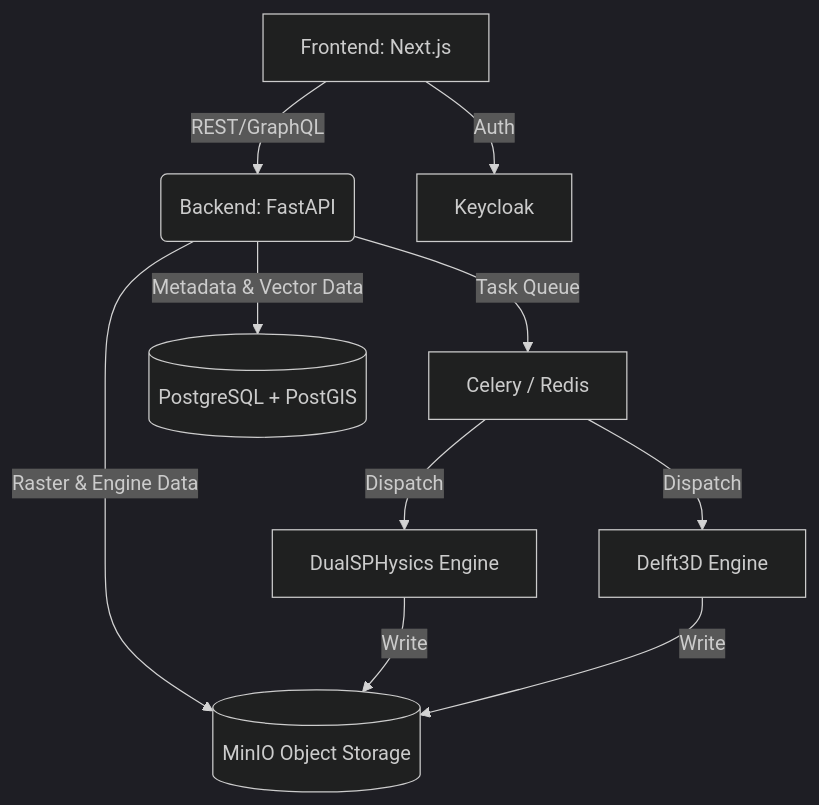
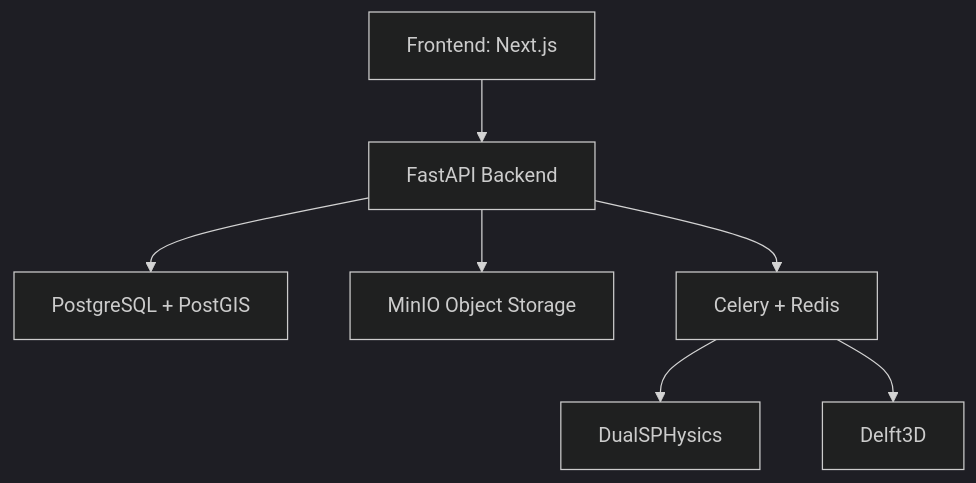
The diagram in README.md (ANUJ760/jaldhara), drawn with Mermaid (dark theme) before and after one commit. The commit also changed other lines of this file and 9 other files, not shown here.

````diff
--- a/README.md
+++ b/README.md
@@ -14,12 +13,9 @@
 ```mermaid
 graph TD
-    A[Frontend: Next.js] -->|REST/GraphQL| B(Backend: FastAPI)
-    A -->|Auth| K[Keycloak]
-    B -->|Task Queue| C[Celery / Redis]
-    B -->|Metadata & Vector Data| D[(PostgreSQL + PostGIS)]
-    B -->|Raster & Engine Data| M[(MinIO Object Storage)]
-    C -->|Dispatch| E[DualSPHysics Engine]
-    C -->|Dispatch| F[Delft3D Engine]
-    E -->|Write| M
-    F -->|Write| M
+    A[Frontend: Next.js] --> B[FastAPI Backend]
+    B --> C[PostgreSQL + PostGIS]
+    B --> D[MinIO Object Storage]
+    B --> E[Celery + Redis]
+    E --> F[DualSPHysics]
+    E --> G[Delft3D]
 ```
````
